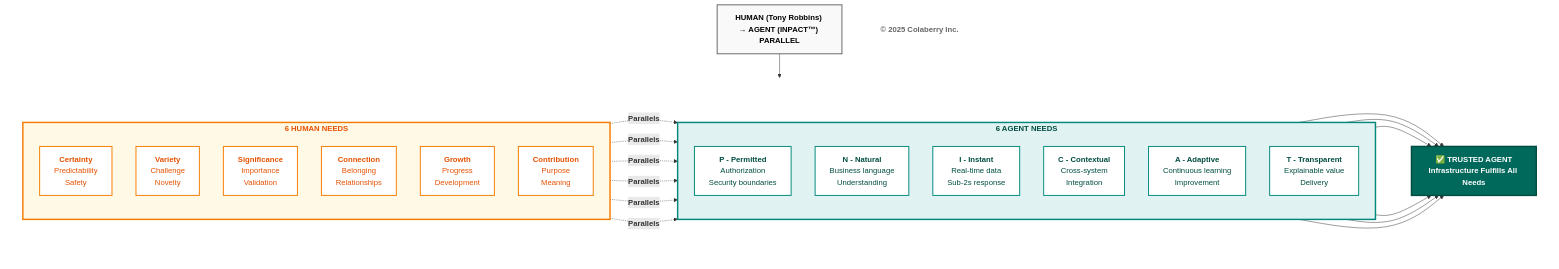
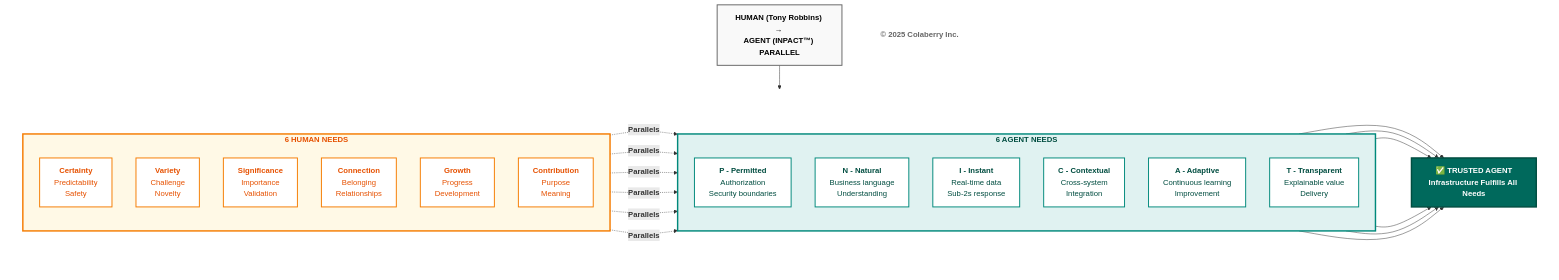
Before and after one commit to saitejesh-cyber/trust-before-intelligence-book: the third of 12 diagrams in manuscript/03_chapter_2_inpact_framework_v3_7.md, drawn with Mermaid.

Commit message:
Trying to fix Tony robbins diagram
Trying to fix Tony robbins diagram

````diff
--- a/manuscript/03_chapter_2_inpact_framework_v3_7.md
+++ b/manuscript/03_chapter_2_inpact_framework_v3_7.md
@@ -134,72 +134,72 @@
 ```mermaid
 graph TB
-    TITLE["<b>HUMAN (Tony Robbins) → AGENT (INPACT™) PARALLEL</b>"]
+    TITLE["<b>HUMAN (Tony Robbins) → <br/>AGENT (INPACT™) PARALLEL</b>"]
     
     TITLE --> ROW
     
     subgraph ROW[" "]
         direction LR
         
         subgraph HUMAN["<b>6 HUMAN NEEDS </b>"]
             direction TB
             H1["<b>Certainty</b><br/>Predictability<br/>Safety"]
             H2["<b>Variety</b><br/>Challenge<br/>Novelty"]
             H3["<b>Significance</b><br/>Importance<br/>Validation"]
             H4["<b>Connection</b><br/>Belonging<br/>Relationships"]
             H5["<b>Growth</b><br/>Progress<br/>Development"]
             H6["<b>Contribution</b><br/>Purpose<br/>Meaning"]
         end
         
         subgraph AGENT["<b>6 AGENT NEEDS</b>"]
             direction TB
             A1["<b>P - Permitted</b><br/>Authorization<br/>Security boundaries"]
             A2["<b>N - Natural</b><br/>Business language<br/>Understanding"]
             A3["<b>I - Instant</b><br/>Real-time data<br/>Sub-2s response"]
             A4["<b>C - Contextual</b><br/>Cross-system<br/>Integration"]
             A5["<b>A - Adaptive</b><br/>Continuous learning<br/>Improvement"]
             A6["<b>T - Transparent</b><br/>Explainable value<br/>Delivery"]
         end
         
         TRUST["<b>✅ TRUSTED AGENT</b><br/><b>Infrastructure Fulfills All Needs</b>"]
         
         H1 -.->|<b>Parallels</b>| A1
         H2 -.->|<b>Parallels</b>| A2
         H3 -.->|<b>Parallels</b>| A3
         H4 -.->|<b>Parallels</b>| A4
         H5 -.->|<b>Parallels</b>| A5
         H6 -.->|<b>Parallels</b>| A6
         
         A1 --> TRUST
         A2 --> TRUST
         A3 --> TRUST
         A4 --> TRUST
         A5 --> TRUST
         A6 --> TRUST
     end
     
     COPYRIGHT["<b>© 2025 Colaberry Inc.</b>"]
     
     style TITLE fill:#f9f9f9,stroke:#666666,stroke-width:2px,color:#000000
     
     style ROW fill:#ffffff,stroke:none
     
     style HUMAN fill:#fff9e6,stroke:#f57c00,stroke-width:3px,color:#e65100
     style H1 fill:#ffffff,stroke:#f57c00,stroke-width:2px,color:#e65100
     style H2 fill:#ffffff,stroke:#f57c00,stroke-width:2px,color:#e65100
     style H3 fill:#ffffff,stroke:#f57c00,stroke-width:2px,color:#e65100
     style H4 fill:#ffffff,stroke:#f57c00,stroke-width:2px,color:#e65100
     style H5 fill:#ffffff,stroke:#f57c00,stroke-width:2px,color:#e65100
     style H6 fill:#ffffff,stroke:#f57c00,stroke-width:2px,color:#e65100
     
     style AGENT fill:#e0f2f1,stroke:#00897b,stroke-width:3px,color:#004d40
     style A1 fill:#ffffff,stroke:#00897b,stroke-width:2px,color:#004d40
     style A2 fill:#ffffff,stroke:#00897b,stroke-width:2px,color:#004d40
     style A3 fill:#ffffff,stroke:#00897b,stroke-width:2px,color:#004d40
     style A4 fill:#ffffff,stroke:#00897b,stroke-width:2px,color:#004d40
     style A5 fill:#ffffff,stroke:#00897b,stroke-width:2px,color:#004d40
     style A6 fill:#ffffff,stroke:#00897b,stroke-width:2px,color:#004d40
     
     style TRUST fill:#00695c,color:#ffffff,stroke:#004d40,stroke-width:3px
     
     style COPYRIGHT fill:#ffffff,stroke:none,color:#666666
 ```
````
